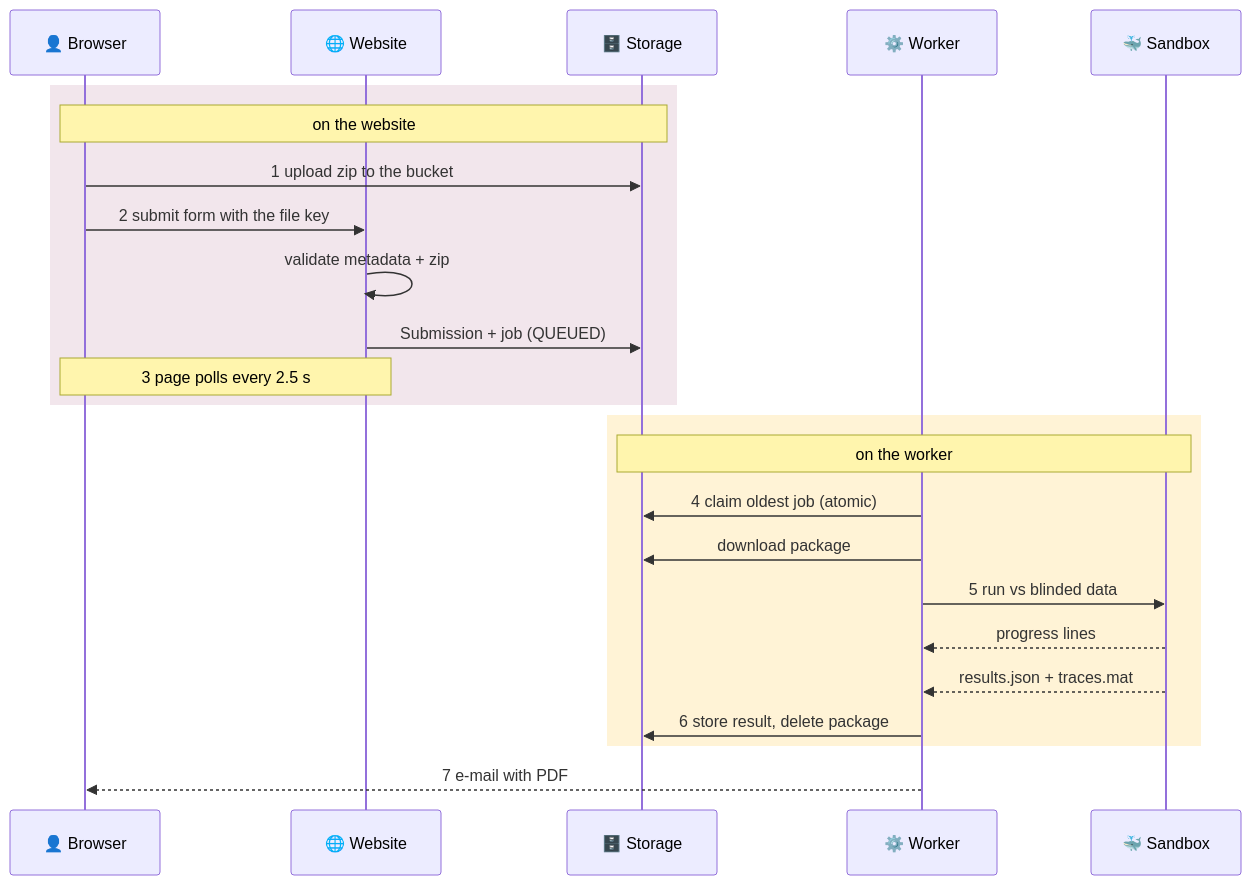
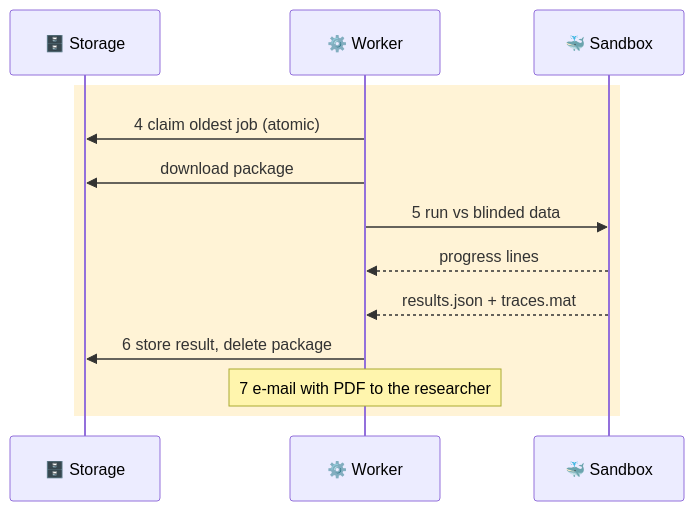
One commit to McMaster-Battery-Research-Group/battery-soc-benchmark changed the second of 11 diagrams in docs/walkthrough/04-life-of-a-submission-end-to-end.md. Above: the diagram before and after it, drawn with Mermaid. The commit also changed other lines of this file and 10 other files, not shown here.

Commit message:
Walkthrough: every diagram now fits GitHub's content column (no scaling), larger timeline fonts, bigger logos

````diff
--- a/docs/walkthrough/04-life-of-a-submission-end-to-end.md
+++ b/docs/walkthrough/04-life-of-a-submission-end-to-end.md
@@ -7,27 +26,16 @@
 ```mermaid
 sequenceDiagram
-    participant R as 👤 Browser
-    participant W as 🌐 Website
     participant DB as 🗄️ Storage
     participant K as ⚙️ Worker
     participant S as 🐳 Sandbox
 
-    rect rgb(242,230,236)
-    Note over R,DB: on the website
-    R->>DB: 1 upload zip to the bucket
-    R->>W: 2 submit form with the file key
-    W->>W: validate metadata + zip
-    W->>DB: Submission + job (QUEUED)
-    Note over R,W: 3 page polls every 2.5 s
-    end
     rect rgb(255,243,214)
-    Note over DB,S: on the worker
     K->>DB: 4 claim oldest job (atomic)
     K->>DB: download package
     K->>S: 5 run vs blinded data
     S-->>K: progress lines
     S-->>K: results.json + traces.mat
     K->>DB: 6 store result, delete package
+    Note over K: 7 e-mail with PDF to the researcher
     end
-    K-->>R: 7 e-mail with PDF
 ```
````
